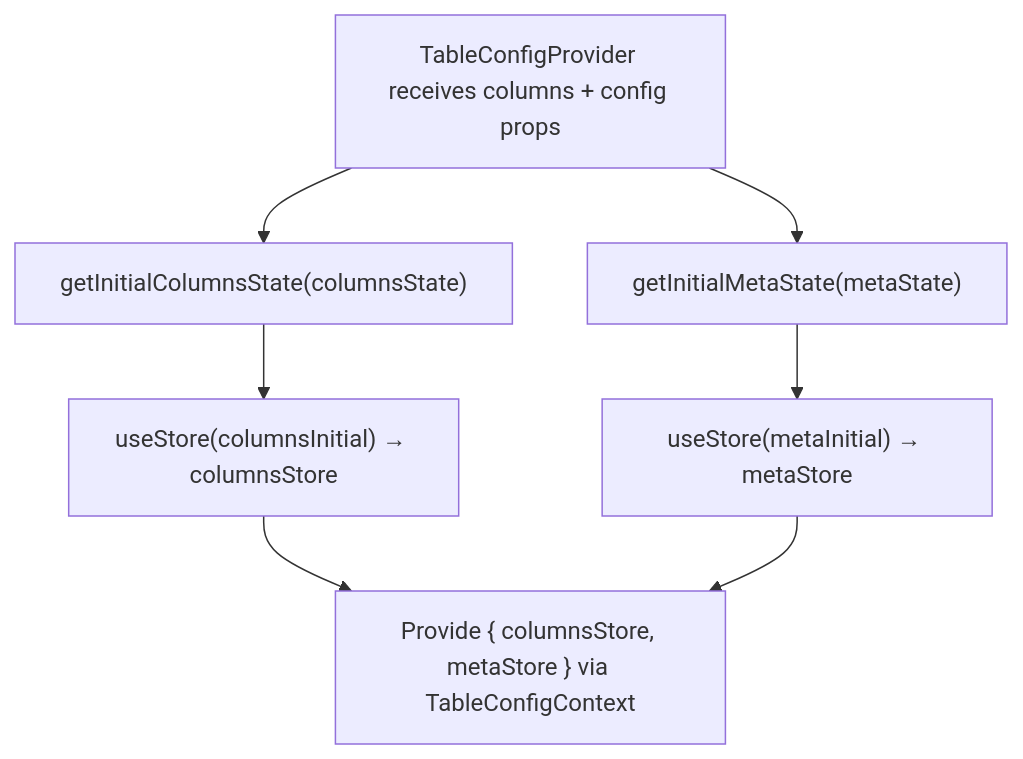
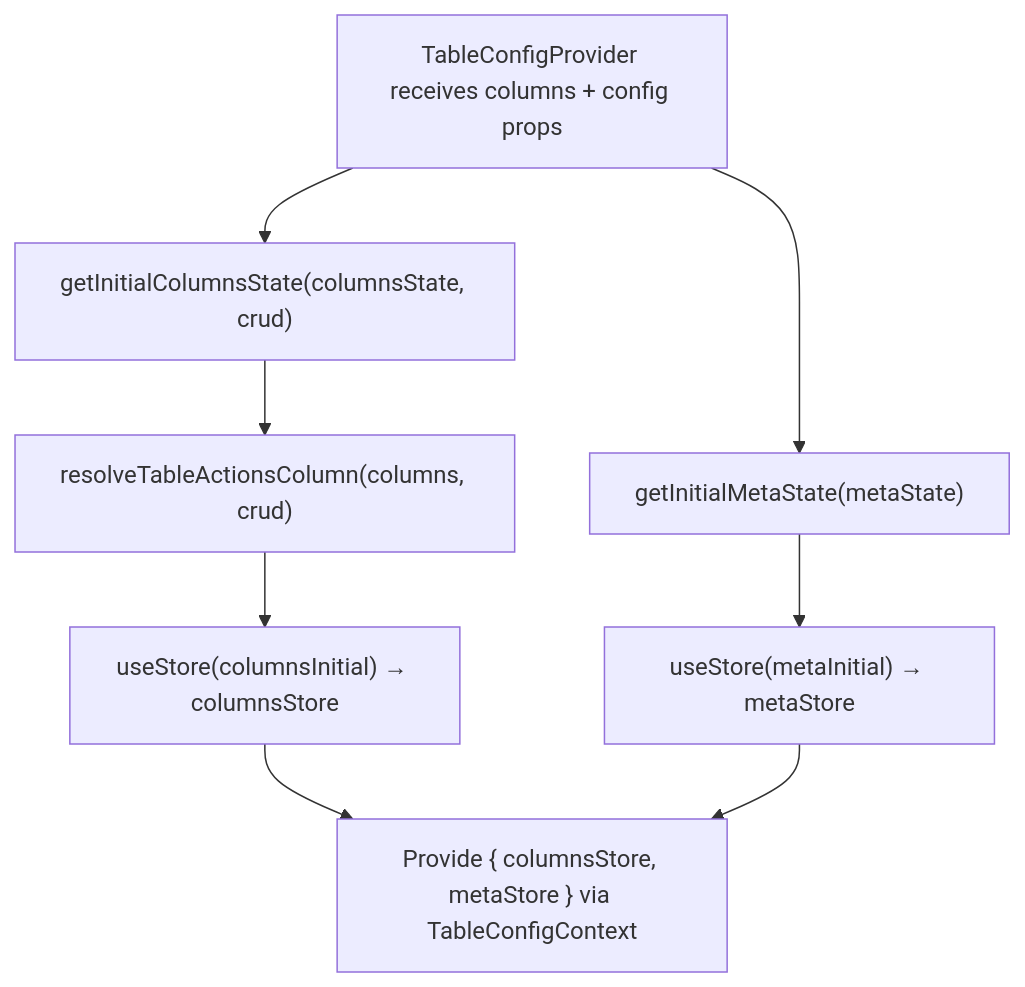
One commit to luciocabrera/lcabrera-stack changed the second of 2 diagrams in packages/ui/src/components/Table/contexts/TableConfig/ARCHITECTURE.md. Above: the diagram before and after it, drawn with Mermaid. The commit also changed other lines of this file and 40 other files, not shown here.

First line of the commit message:
feat(table): synthesize actions column based on CRUD config

````diff
--- a/packages/ui/src/components/Table/contexts/TableConfig/ARCHITECTURE.md
+++ b/packages/ui/src/components/Table/contexts/TableConfig/ARCHITECTURE.md
@@ -160,10 +160,11 @@
 ```mermaid
 graph TD
   A["TableConfigProvider receives columns + config props"]
-  A --> B["getInitialColumnsState(columnsState)"]
+  A --> B["getInitialColumnsState(columnsState, crud)"]
   A --> C["getInitialMetaState(metaState)"]
-  B --> D["useStore(columnsInitial) → columnsStore"]
+  B --> B1["resolveTableActionsColumn(columns, crud)"]
+  B1 --> D["useStore(columnsInitial) → columnsStore"]
   C --> E["useStore(metaInitial) → metaStore"]
   D --> F["Provide { columnsStore, metaStore } via TableConfigContext"]
   E --> F
 ```
````
